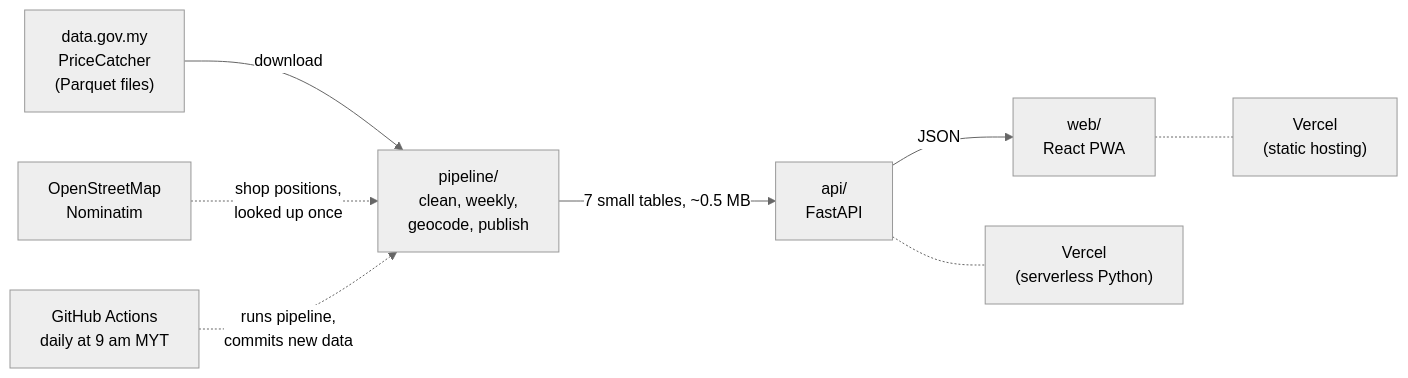
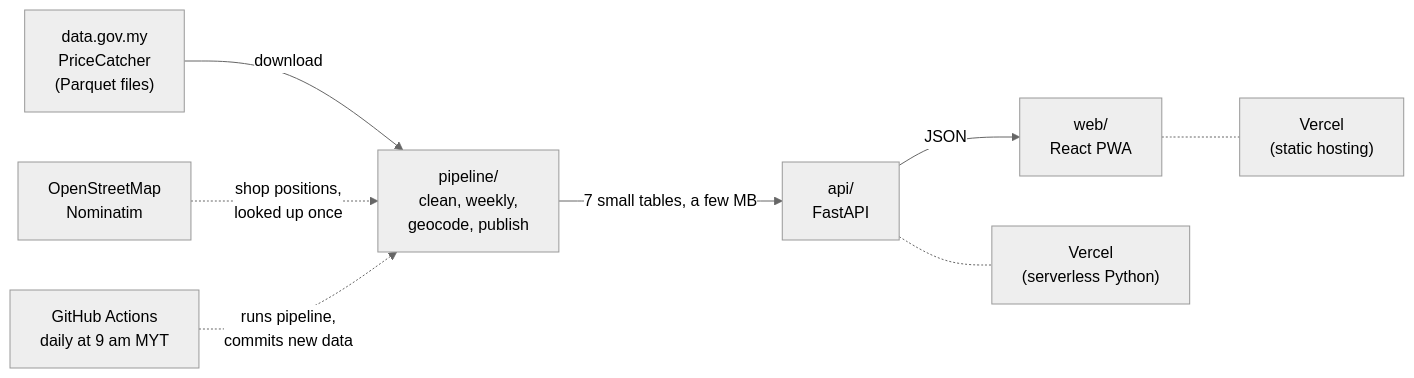
Before and after one commit to HazzyWan/sensen: the diagram in README.md, drawn with Mermaid (neutral theme). The commit also changed other lines of this file and 19 other files, not shown here.

````diff
--- a/README.md
+++ b/README.md
@@ -50,10 +50,10 @@
 ```mermaid
 flowchart LR
     A["data.gov.my<br/>PriceCatcher<br/>(Parquet files)"] -->|download| B["pipeline/<br/>clean, weekly,<br/>geocode, publish"]
     H["OpenStreetMap<br/>Nominatim"] -.->|shop positions,<br/>looked up once| B
-    B -->|7 small tables, ~0.5 MB| C["api/<br/>FastAPI"]
+    B -->|7 small tables, a few MB| C["api/<br/>FastAPI"]
     C -->|JSON| D["web/<br/>React PWA"]
     E["GitHub Actions<br/>daily at 9 am MYT"] -.->|runs pipeline,<br/>commits new data| B
     C -.- F["Vercel<br/>(serverless Python)"]
     D -.- G["Vercel<br/>(static hosting)"]
 ```
````
